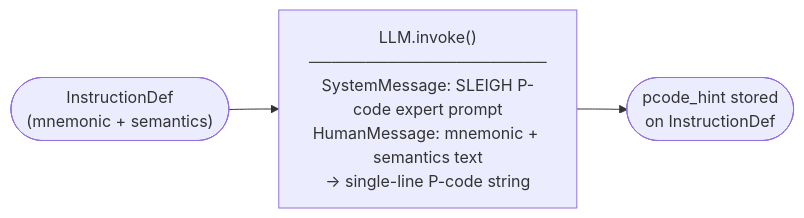
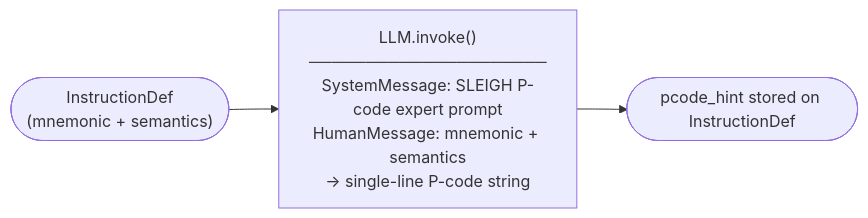
Before and after one commit to GSBhub/Rosetta: the fourth of 4 diagrams in docs/data-flow.md, drawn with Mermaid. The commit also changed other lines of this file and 80 other files, not shown here.

````diff
--- a/docs/data-flow.md
+++ b/docs/data-flow.md
@@ -106,7 +113,7 @@
 ```mermaid
 flowchart LR
     IN(["InstructionDef\n(mnemonic + semantics)"])
-    LLM["LLM.invoke()\n─────────────────────\nSystemMessage: SLEIGH P-code expert prompt\nHumanMessage: mnemonic + semantics text\n→ single-line P-code string"]
-    OUT(["pcode_hint stored\non InstructionDef"])
+    LLM["LLM.invoke()\n─────────────────────\nSystemMessage: SLEIGH P-code expert prompt\nHumanMessage: mnemonic + semantics\n→ single-line P-code string"]
+    OUT(["pcode_hint stored on InstructionDef"])
     IN --> LLM --> OUT
 ```
````
